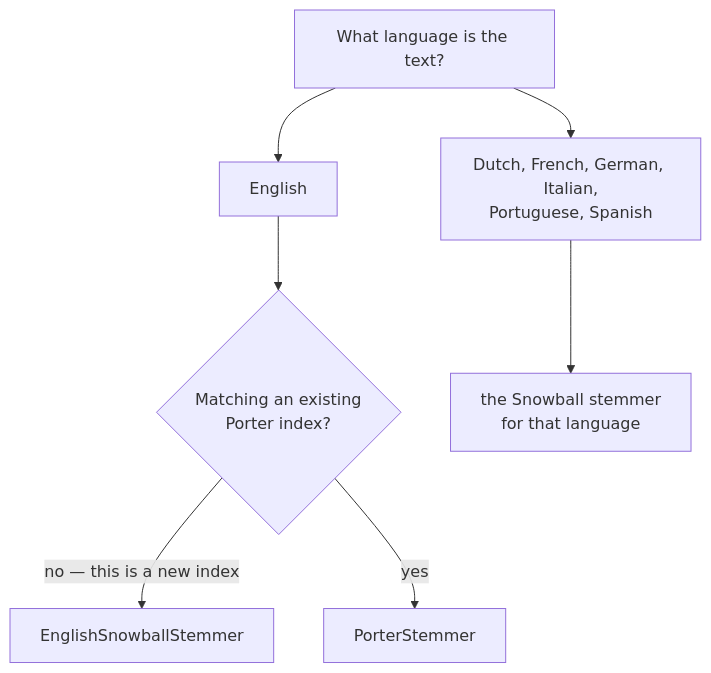
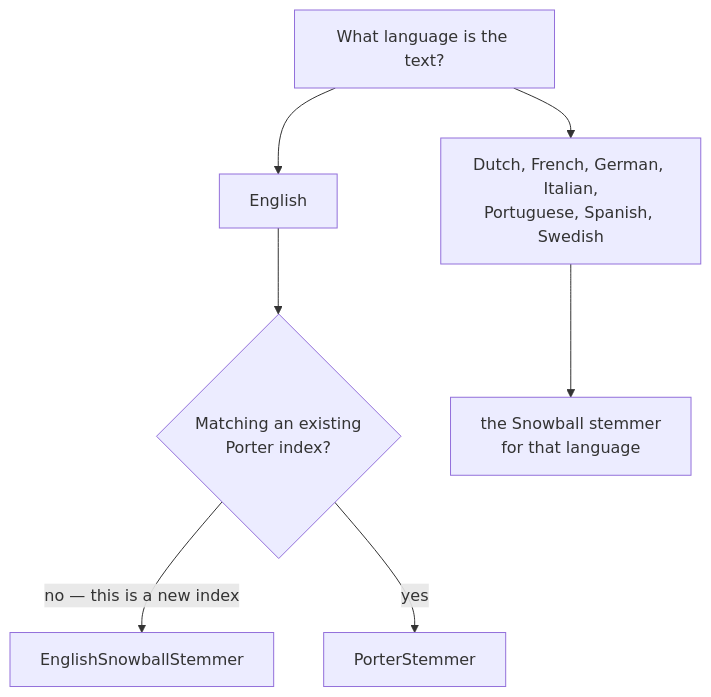
One commit to CyrilB1531/data.net changed the diagram in docs/reference/text/stemming.md. Above: the diagram before and after it, drawn with Mermaid. The commit also changed other lines of this file and 12 other files, not shown here.

````diff
--- a/docs/reference/text/stemming.md
+++ b/docs/reference/text/stemming.md
@@ -12,9 +12,9 @@
 ```mermaid
 flowchart TD
     A["What language is the text?"] --> B["English"]
-    A --> C["Dutch, French, German, Italian,<br/>Portuguese, Spanish"]
+    A --> C["Dutch, French, German, Italian,<br/>Portuguese, Spanish, Swedish"]
     B --> D{"Matching an existing<br/>Porter index?"}
     D -->|"no — this is a new index"| E["EnglishSnowballStemmer"]
     D -->|"yes"| F["PorterStemmer"]
     C --> G["the Snowball stemmer<br/>for that language"]
 ```
````
